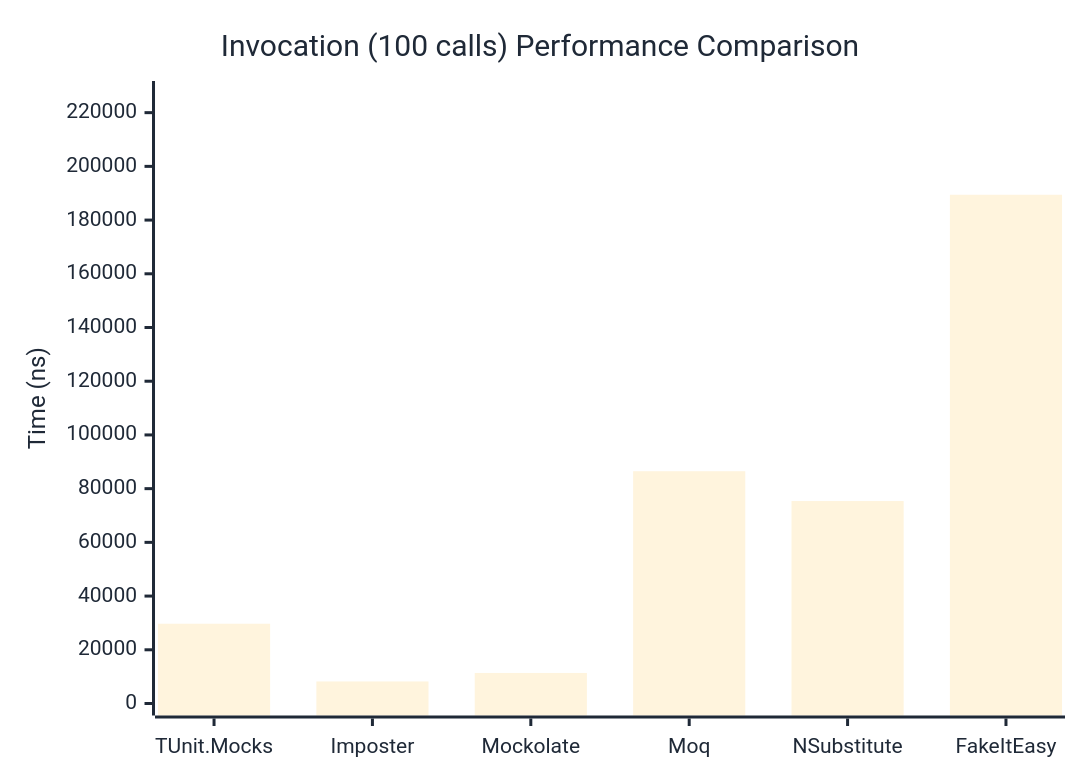
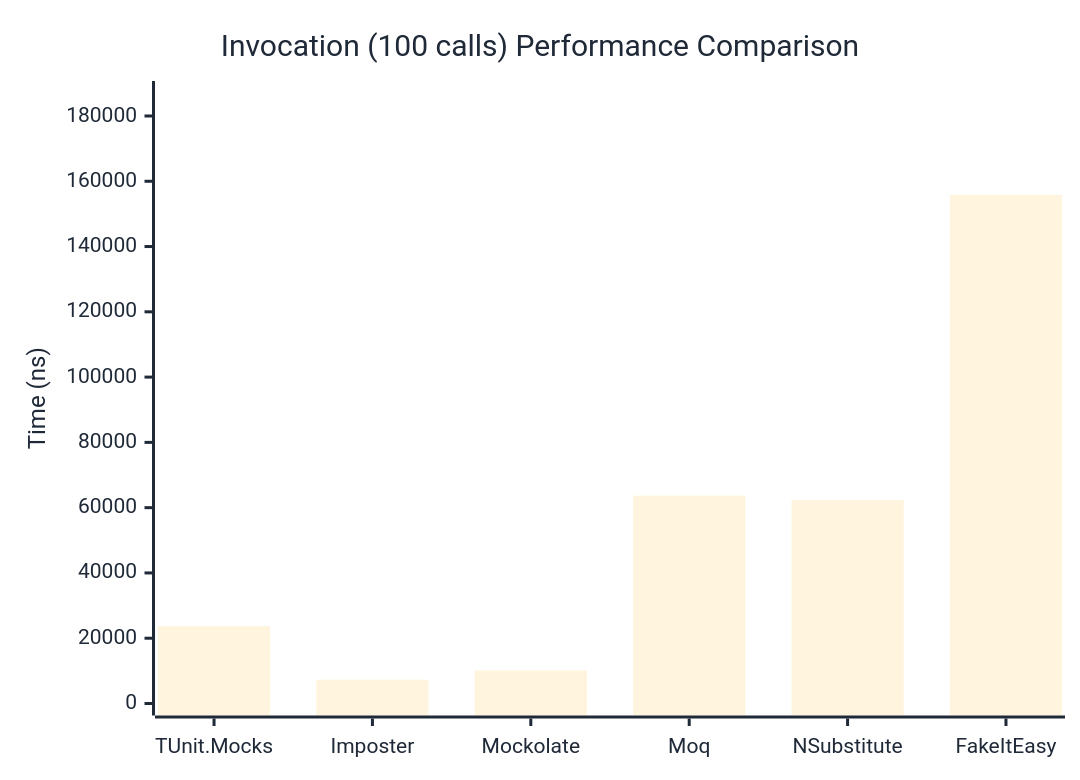
One commit to thomhurst/TUnit changed the third of 3 diagrams in docs/docs/benchmarks/mocks/Invocation.md. Above: the diagram before and after it, drawn with Mermaid. The commit also changed other lines of this file and 14 other files, not shown here.

````diff
--- a/docs/docs/benchmarks/mocks/Invocation.md
+++ b/docs/docs/benchmarks/mocks/Invocation.md
@@ -112,27 +112,27 @@
 ```mermaid
 %%{init: {
   'theme':'base',
   'themeVariables': {
     'primaryColor': '#2563eb',
     'primaryTextColor': '#1f2937',
     'primaryBorderColor': '#1e40af',
     'lineColor': '#6b7280',
     'secondaryColor': '#7c3aed',
     'tertiaryColor': '#dc2626',
     'background': '#ffffff',
     'pie1': '#2563eb',
     'pie2': '#7c3aed',
     'pie3': '#dc2626',
     'pie4': '#f59e0b',
     'pie5': '#10b981',
     'pie6': '#06b6d4',
     'pie7': '#ec4899',
     'pie8': '#6366f1'
   }
 }}%%
 xychart-beta
   title "Invocation (100 calls) Performance Comparison"
   x-axis ["TUnit.Mocks", "Imposter", "Mockolate", "Moq", "NSubstitute", "FakeItEasy"]
-  y-axis "Time (ns)" 0 --> 227318
-  bar [29700.6, 8205.97, 11368.56, 86487.32, 75380.17, 189431.03]
+  y-axis "Time (ns)" 0 --> 187041
+  bar [23699.28, 7293.61, 10123.2, 63668.41, 62313.22, 155866.82]
 ```
````
